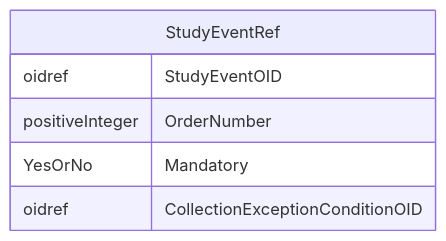
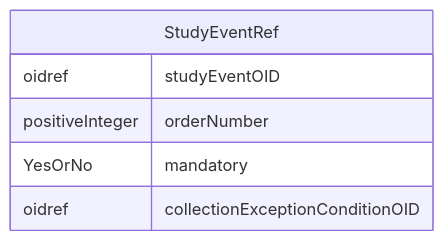
The diagram in docs/StudyEventRef.md (cdisc-org/DataExchange-ODM-LinkML), drawn with Mermaid before and after one commit. The commit also changed other lines of this file and 759 other files, not shown here.

````diff
--- a/docs/StudyEventRef.md
+++ b/docs/StudyEventRef.md
@@ -11,12 +11,12 @@
 ```mermaid
 erDiagram
 StudyEventRef {
-    oidref StudyEventOID  
-    positiveInteger OrderNumber  
-    YesOrNo Mandatory  
-    oidref CollectionExceptionConditionOID  
+    oidref studyEventOID  
+    positiveInteger orderNumber  
+    YesOrNo mandatory  
+    oidref collectionExceptionConditionOID  
 }
 
 
 
 ```
````
